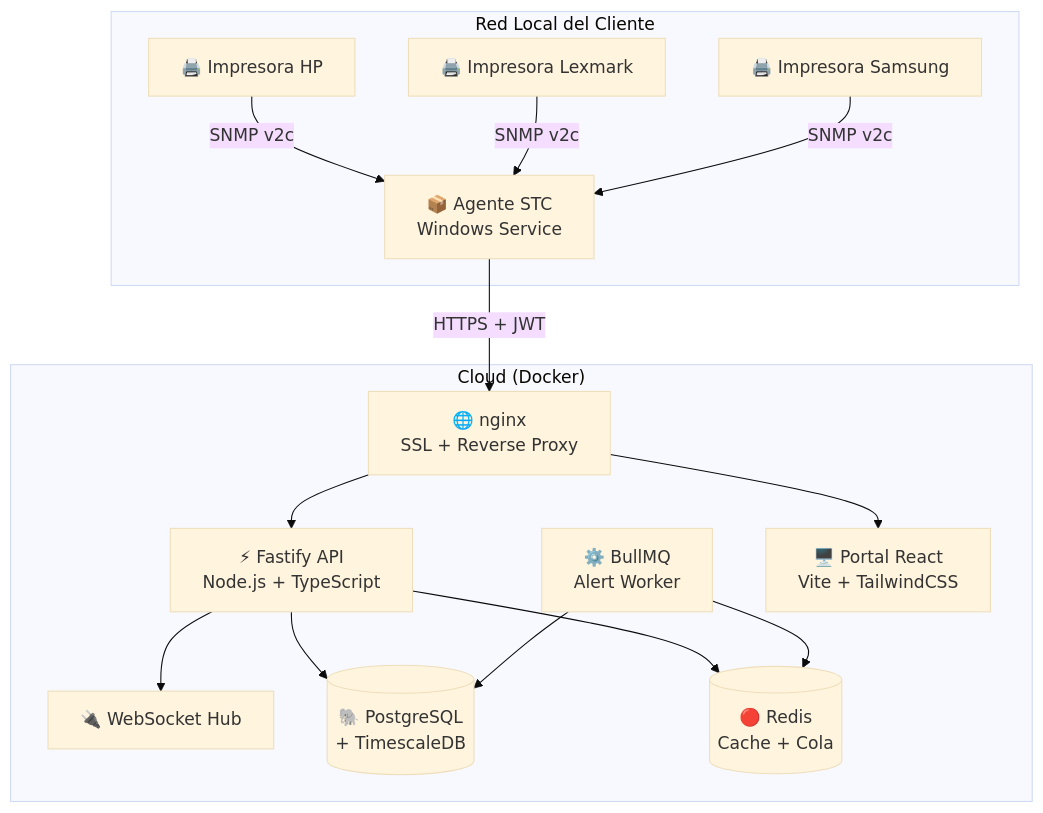
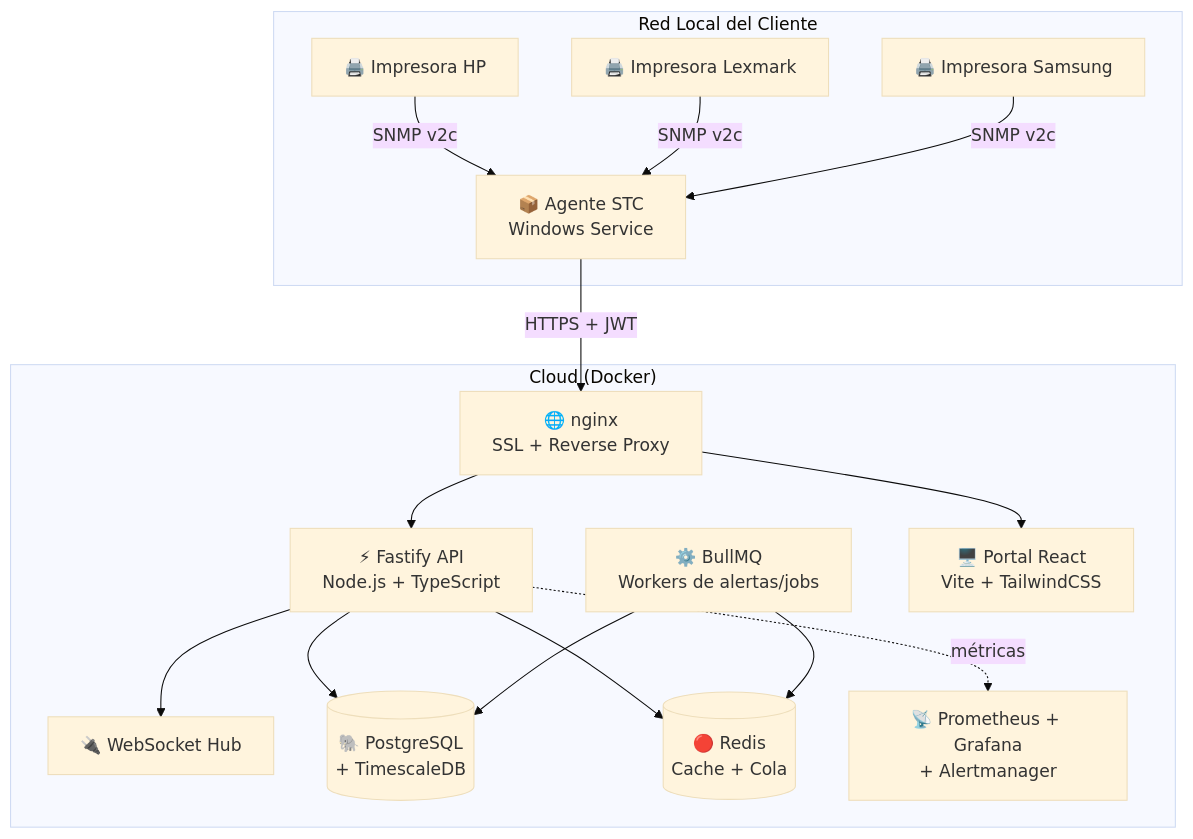
Before and after one commit to ivmartinez-cd/STC-cloud: the diagram in README.md, drawn with Mermaid (base theme). The commit also changed other lines of this file and 7 other files, not shown here.

````diff
--- a/README.md
+++ b/README.md
@@ -32,29 +36,31 @@
 ```mermaid
 graph TB
     subgraph "Red Local del Cliente"
         P1[🖨️ Impresora HP]
         P2[🖨️ Impresora Lexmark]
         P3[🖨️ Impresora Samsung]
         A[📦 Agente STC<br/>Windows Service]
     end
 
     subgraph "Cloud (Docker)"
         NG[🌐 nginx<br/>SSL + Reverse Proxy]
         API[⚡ Fastify API<br/>Node.js + TypeScript]
         WS[🔌 WebSocket Hub]
         PG[(🐘 PostgreSQL<br/>+ TimescaleDB)]
         RD[(🔴 Redis<br/>Cache + Cola)]
-        BQ[⚙️ BullMQ<br/>Alert Worker]
+        BQ[⚙️ BullMQ<br/>Workers de alertas/jobs]
         FE[🖥️ Portal React<br/>Vite + TailwindCSS]
+        OBS[📡 Prometheus + Grafana<br/>+ Alertmanager]
     end
 
     P1 & P2 & P3 -->|SNMP v2c| A
     A -->|HTTPS + JWT| NG
     NG --> API
     NG --> FE
     API --> PG
     API --> RD
     API --> WS
     BQ --> PG
     BQ --> RD
+    API -.métricas.-> OBS
 ```
````
